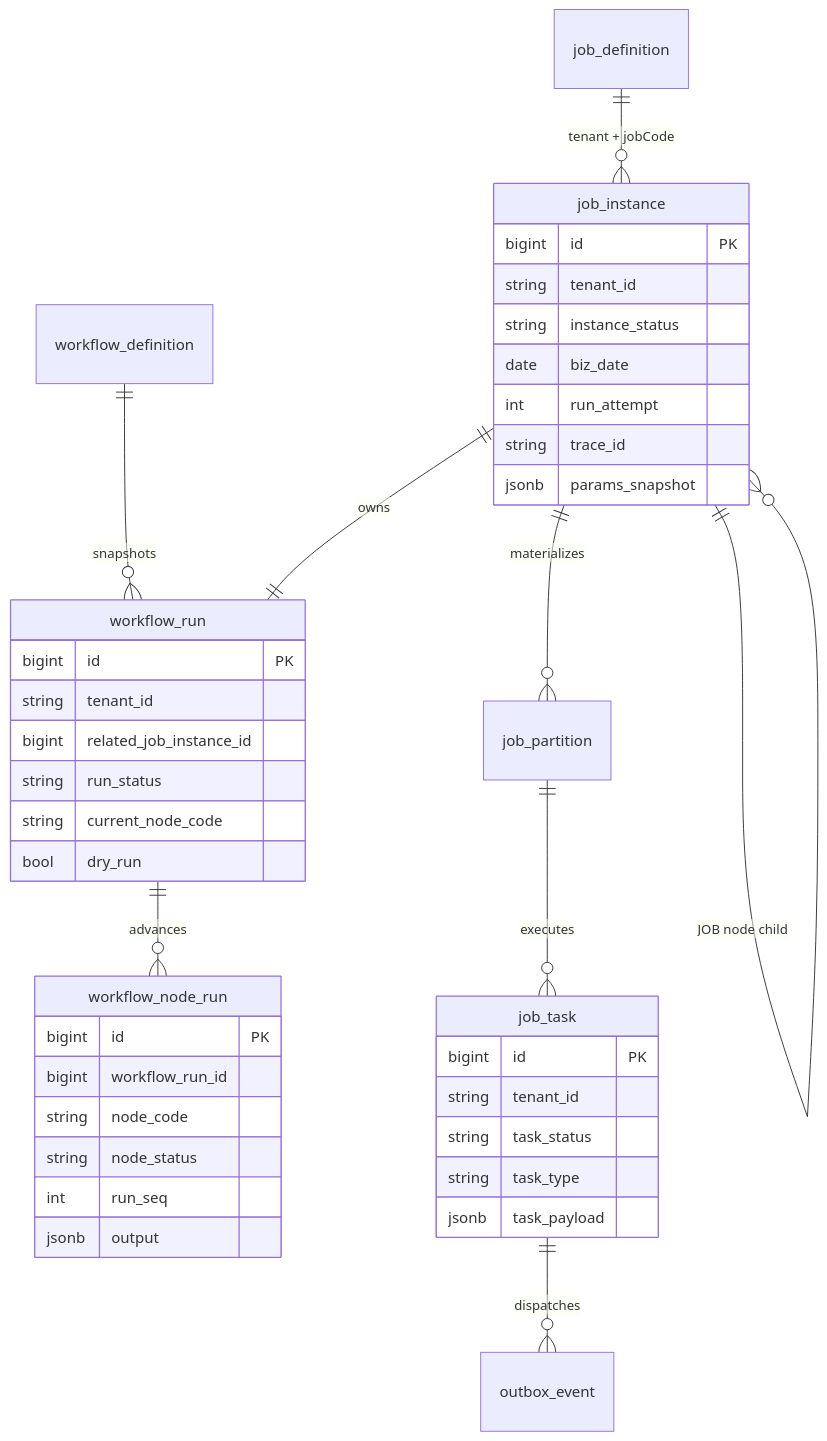
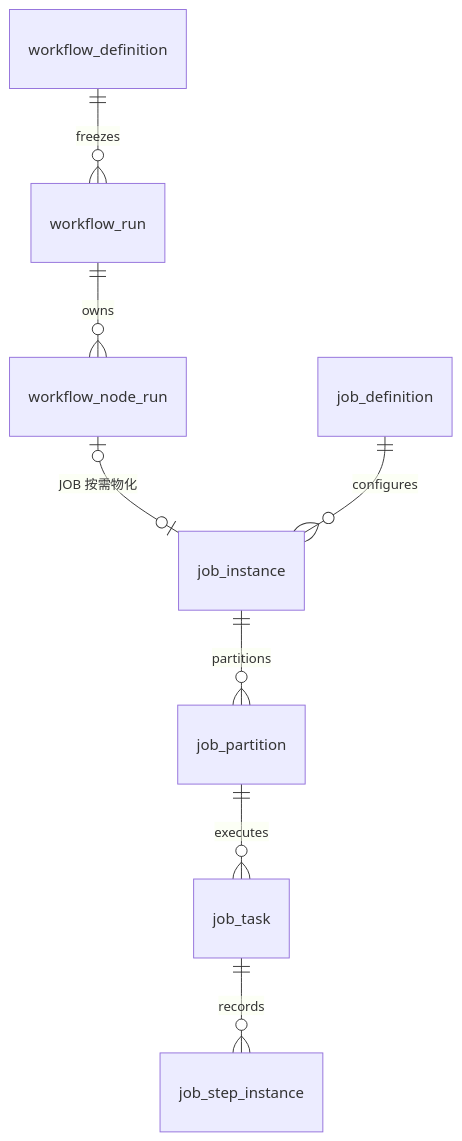
Before and after one commit to pinpols/file-batch-system: the fourth of 6 diagrams in docs/architecture/workflow-dependency-guide.md, drawn with Mermaid. The commit also changed other lines of this file and 5032 other files, not shown here.

````diff
--- a/docs/architecture/workflow-dependency-guide.md
+++ b/docs/architecture/workflow-dependency-guide.md
@@ -177,44 +141,11 @@
 ```mermaid
+%%{init: {"flowchart":{"curve":"linear","nodeSpacing":32,"rankSpacing":48},"sequence":{"mirrorActors":false}}}%%
 erDiagram
-  job_definition ||--o{ job_instance : "tenant + jobCode"
-  workflow_definition ||--o{ workflow_run : snapshots
-  job_instance ||--|| workflow_run : owns
-  workflow_run ||--o{ workflow_node_run : advances
-  job_instance ||--o{ job_partition : materializes
+  workflow_definition ||--o{ workflow_run : freezes
+  workflow_run ||--o{ workflow_node_run : owns
+  workflow_node_run o|--o| job_instance : "JOB 按需物化"
+  job_definition ||--o{ job_instance : configures
+  job_instance ||--o{ job_partition : partitions
   job_partition ||--o{ job_task : executes
-  job_task ||--o{ outbox_event : dispatches
-  job_instance ||--o{ job_instance : "JOB node child"
-
-  job_instance {
-    bigint id PK
-    string tenant_id
-    string instance_status
-    date biz_date
-    int run_attempt
-    string trace_id
-    jsonb params_snapshot
-  }
-  workflow_run {
-    bigint id PK
-    string tenant_id
-    bigint related_job_instance_id
-    string run_status
-    string current_node_code
-    bool dry_run
-  }
-  workflow_node_run {
-    bigint id PK
-    bigint workflow_run_id
-    string node_code
-    string node_status
-    int run_seq
-    jsonb output
-  }
-  job_task {
-    bigint id PK
-    string tenant_id
-    string task_status
-    string task_type
-    jsonb task_payload
-  }
+  job_task ||--o{ job_step_instance : records
 ```
````
